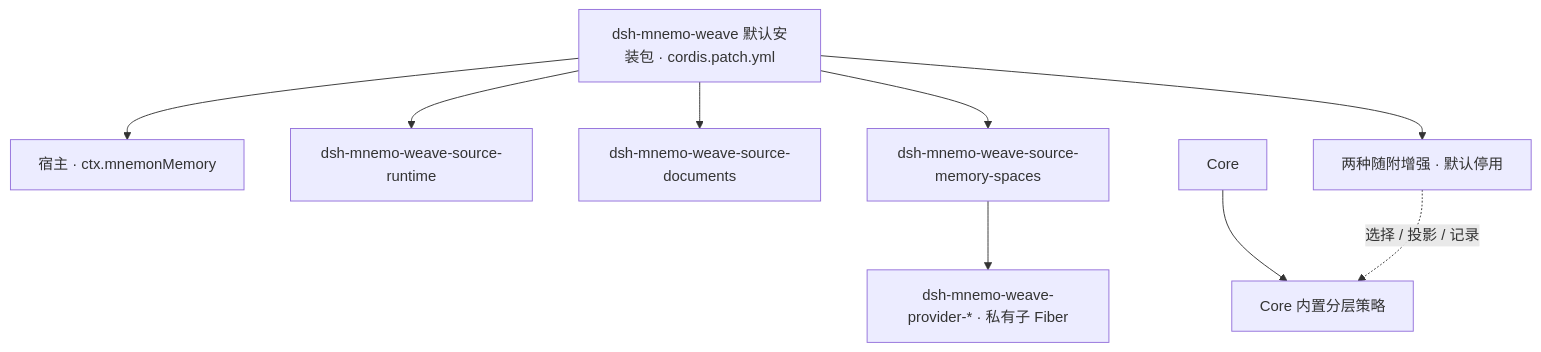
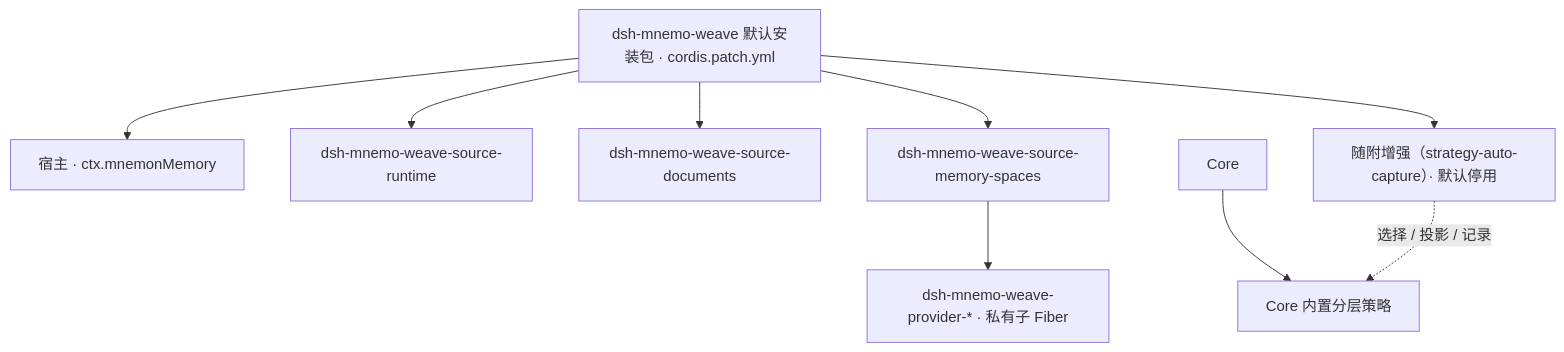
The second of 4 diagrams in docs/architecture.md (Seraphoenixy/MnemoWeave), drawn with Mermaid before and after one commit. The commit also changed other lines of this file and 29 other files, not shown here.

````diff
--- a/docs/architecture.md
+++ b/docs/architecture.md
@@ -81,11 +98,11 @@
 ```mermaid
 flowchart TB
   Starter["dsh-mnemo-weave 默认安装包 · cordis.patch.yml"] --> Host["宿主 · ctx.mnemonMemory"]
   Starter --> Runtime["dsh-mnemo-weave-source-runtime"]
   Starter --> Docs["dsh-mnemo-weave-source-documents"]
   Starter --> Spaces["dsh-mnemo-weave-source-memory-spaces"]
   Core --> Strategy["Core 内置分层策略"]
-  Starter --> Helpers["两种随附增强 · 默认停用"]
+  Starter --> Helpers["随附增强（strategy-auto-capture）· 默认停用"]
   Helpers -. 选择 / 投影 / 记录 .-> Strategy
   Spaces --> Providers["dsh-mnemo-weave-provider-* · 私有子 Fiber"]
 ```
````
